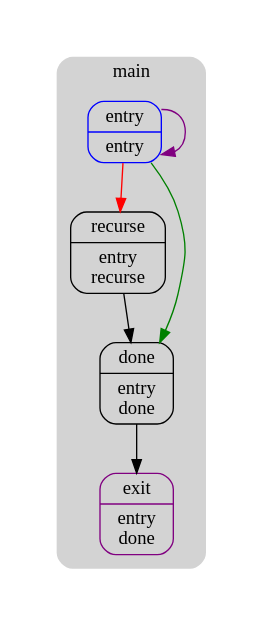
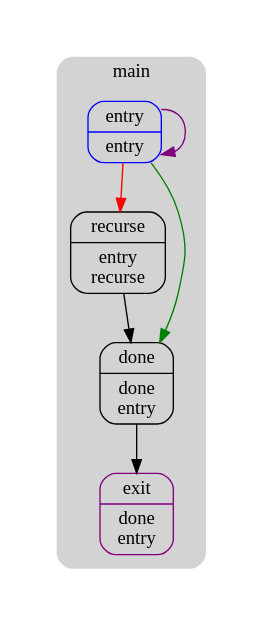
One commit to UnsignedByte/6120 changed the diagram in playground/recurse.domsets.dot. Above: the diagram before and after it, drawn with Graphviz. The commit also changed 18 other files, not shown here.

```diff
--- a/playground/recurse.domsets.dot
+++ b/playground/recurse.domsets.dot
@@ -1,26 +1,26 @@
 digraph G {
   compound=true
   subgraph cluster_ {
     peripheries=0
     subgraph cluster_0_wrapper {
       peripheries=0
       margin=15
       subgraph cluster_0 {
         label="main"
         color=darkgray
         style=rounded
         bgcolor=lightgray
         margin=10
         cluster_0_0[label="{entry|entry}",shape=Mrecord,color=blue]
         cluster_0_1[label="{recurse|entry\nrecurse}",shape=Mrecord,color=black]
-        cluster_0_2[label="{done|entry\ndone}",shape=Mrecord,color=black]
-        cluster_0_exit[label="{exit|entry\ndone}",shape=Mrecord,color=purple]
+        cluster_0_2[label="{done|done\nentry}",shape=Mrecord,color=black]
+        cluster_0_exit[label="{exit|done\nentry}",shape=Mrecord,color=purple]
         cluster_0_0 -> cluster_0_2 [color=green]
         cluster_0_0 -> cluster_0_1 [color=red]
         cluster_0_1 -> cluster_0_2
         cluster_0_2 -> cluster_0_exit [color=black]
       }
     }
     cluster_0_0 -> cluster_0_0 [color=purple,lhead=cluster_0,ltail=cluster_0]
   }
 }
```
